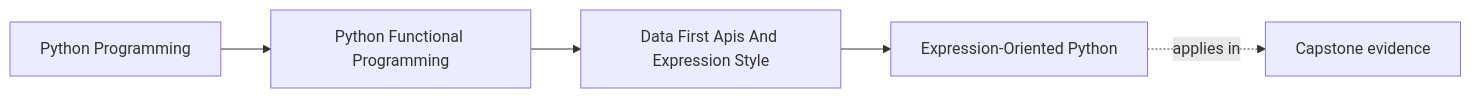
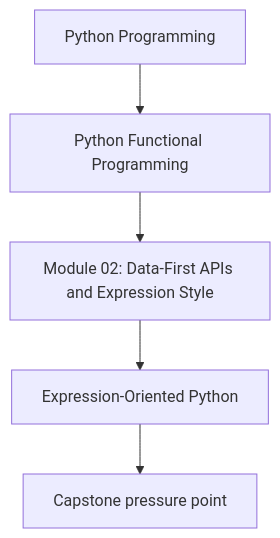
One commit to bijux/bijux-masterclass changed the first of 2 diagrams in programs/python-programming/python-functional-programming/course-book/module-02-data-first-apis-and-expression-style/expression-oriented-python.md. Above: the diagram before and after it, drawn with Mermaid. The commit also changed other lines of this file and 118 other files, not shown here.

Commit message:
docs(python-functional-programming): align concept page diagrams

````diff
--- a/programs/python-programming/python-functional-programming/course-book/module-02-data-first-apis-and-expression-style/expression-oriented-python.md
+++ b/programs/python-programming/python-functional-programming/course-book/module-02-data-first-apis-and-expression-style/expression-oriented-python.md
@@ -7,11 +7,7 @@
 ```mermaid
-graph LR
-  family["Python Programming"]
-  program["Python Functional Programming"]
-  section["Data First Apis And Expression Style"]
-  page["Expression-Oriented Python"]
-  capstone["Capstone evidence"]
-
-  family --> program --> section --> page
-  page -.applies in.-> capstone
+flowchart TD
+  family["Python Programming"] --> program["Python Functional Programming"]
+  program --> module["Module 02: Data-First APIs and Expression Style"]
+  module --> concept["Expression-Oriented Python"]
+  concept --> capstone["Capstone pressure point"]
 ```
````
